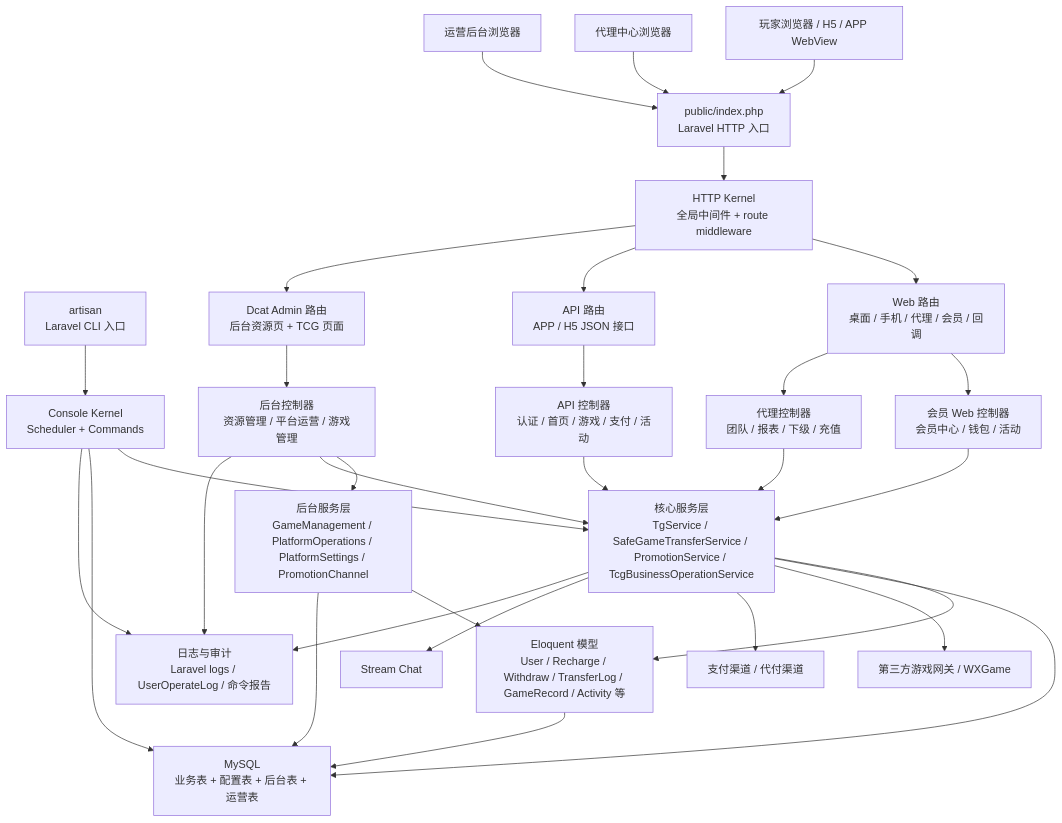
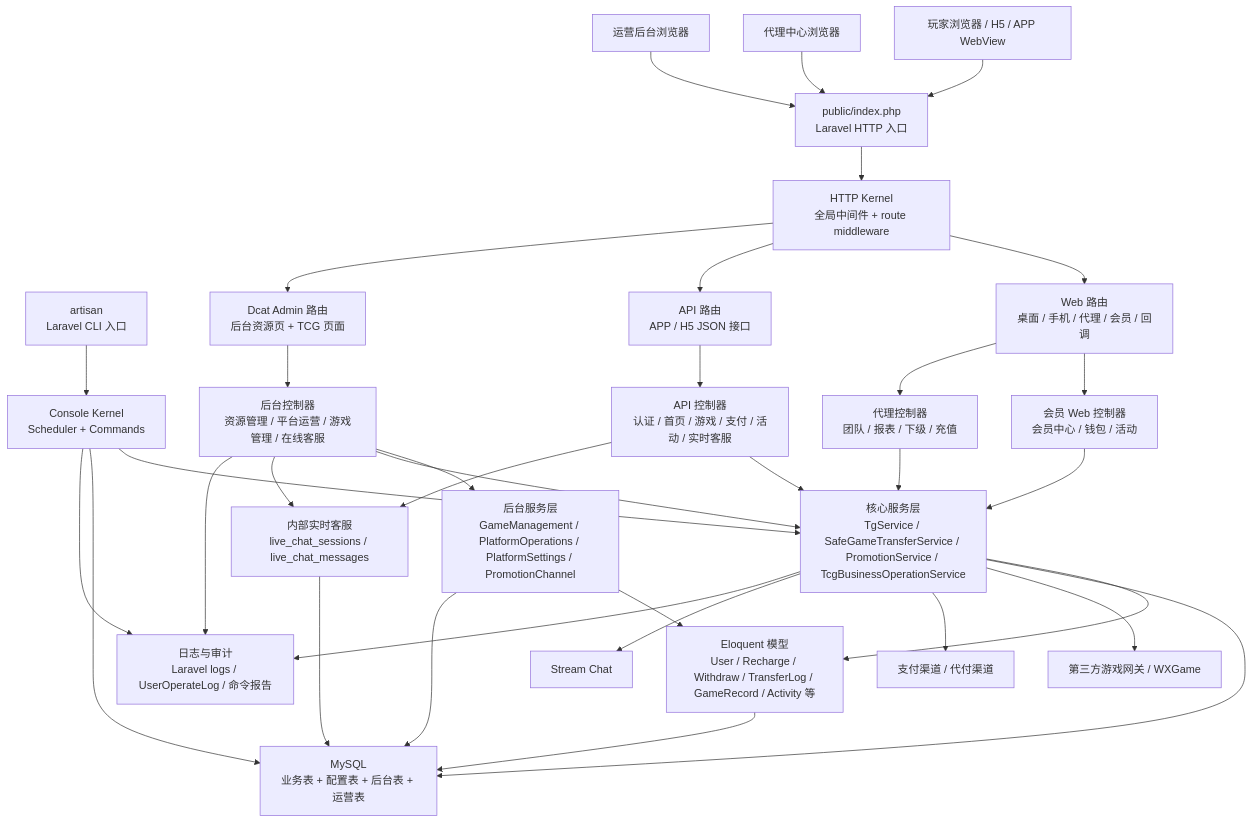
Before and after one commit to endian001/javaxiangmu: the first of 5 diagrams in javaxiangmu-docs/01-technical-architecture.md, drawn with Mermaid. The commit also changed other lines of this file and 13 other files, not shown here.

````diff
--- a/javaxiangmu-docs/01-technical-architecture.md
+++ b/javaxiangmu-docs/01-technical-architecture.md
@@ -49,67 +49,71 @@
 ```mermaid
 flowchart TB
     Browser["玩家浏览器 / H5 / APP WebView"]
     AgentBrowser["代理中心浏览器"]
     AdminBrowser["运营后台浏览器"]
     GameVendor["第三方游戏网关 / WXGame"]
     PayGateway["支付渠道 / 代付渠道"]
     StreamChat["Stream Chat"]
+    InternalLiveChat["内部实时客服\nlive_chat_sessions / live_chat_messages"]
 
     PublicEntry["public/index.php\nLaravel HTTP 入口"]
     Artisan["artisan\nLaravel CLI 入口"]
 
     HttpKernel["HTTP Kernel\n全局中间件 + route middleware"]
     ConsoleKernel["Console Kernel\nScheduler + Commands"]
 
     WebRoutes["Web 路由\n桌面 / 手机 / 代理 / 会员 / 回调"]
     ApiRoutes["API 路由\nAPP / H5 JSON 接口"]
     AdminRoutes["Dcat Admin 路由\n后台资源页 + TCG 页面"]
 
-    ApiControllers["API 控制器\n认证 / 首页 / 游戏 / 支付 / 活动"]
+    ApiControllers["API 控制器\n认证 / 首页 / 游戏 / 支付 / 活动 / 实时客服"]
     MemberControllers["会员 Web 控制器\n会员中心 / 钱包 / 活动"]
     AgentControllers["代理控制器\n团队 / 报表 / 下级 / 充值"]
-    AdminControllers["后台控制器\n资源管理 / 平台运营 / 游戏管理"]
+    AdminControllers["后台控制器\n资源管理 / 平台运营 / 游戏管理 / 在线客服"]
 
     CoreServices["核心服务层\nTgService / SafeGameTransferService / PromotionService / TcgBusinessOperationService"]
     AdminServices["后台服务层\nGameManagement / PlatformOperations / PlatformSettings / PromotionChannel"]
 
     Models["Eloquent 模型\nUser / Recharge / Withdraw / TransferLog / GameRecord / Activity 等"]
     DB["MySQL\n业务表 + 配置表 + 后台表 + 运营表"]
     Logs["日志与审计\nLaravel logs / UserOperateLog / 命令报告"]
 
     Browser --> PublicEntry
     AgentBrowser --> PublicEntry
     AdminBrowser --> PublicEntry
     PublicEntry --> HttpKernel
     HttpKernel --> WebRoutes
     HttpKernel --> ApiRoutes
     HttpKernel --> AdminRoutes
 
     WebRoutes --> MemberControllers
     WebRoutes --> AgentControllers
     ApiRoutes --> ApiControllers
     AdminRoutes --> AdminControllers
 
     ApiControllers --> CoreServices
     MemberControllers --> CoreServices
     AgentControllers --> CoreServices
     AdminControllers --> AdminServices
     AdminControllers --> CoreServices
 
     CoreServices --> Models
     AdminServices --> Models
     Models --> DB
     CoreServices --> DB
     AdminServices --> DB
 
     CoreServices --> GameVendor
     CoreServices --> PayGateway
     CoreServices --> StreamChat
+    ApiControllers --> InternalLiveChat
+    AdminControllers --> InternalLiveChat
+    InternalLiveChat --> DB
 
     Artisan --> ConsoleKernel
     ConsoleKernel --> CoreServices
     ConsoleKernel --> DB
     ConsoleKernel --> Logs
     AdminControllers --> Logs
     CoreServices --> Logs
 ```
````
